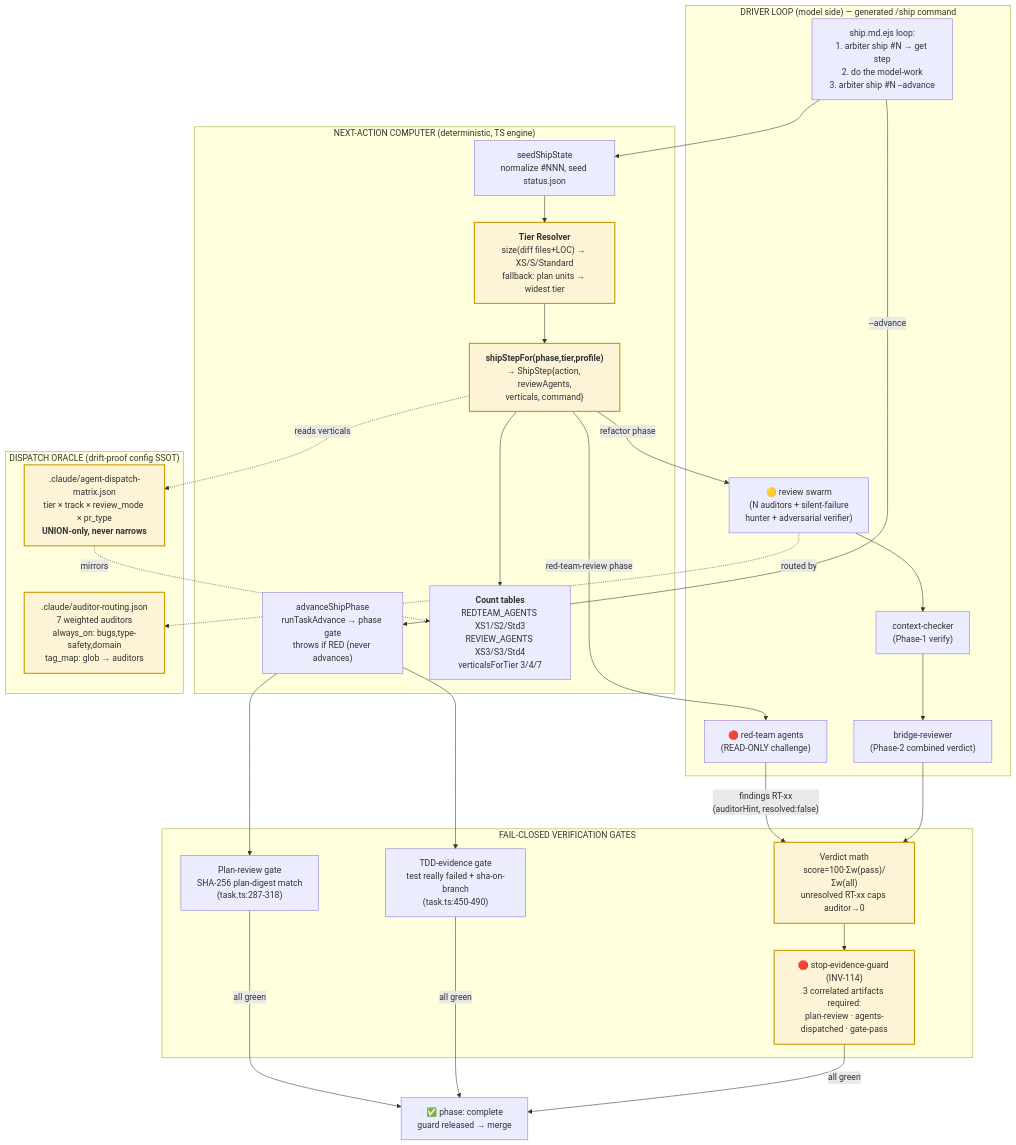
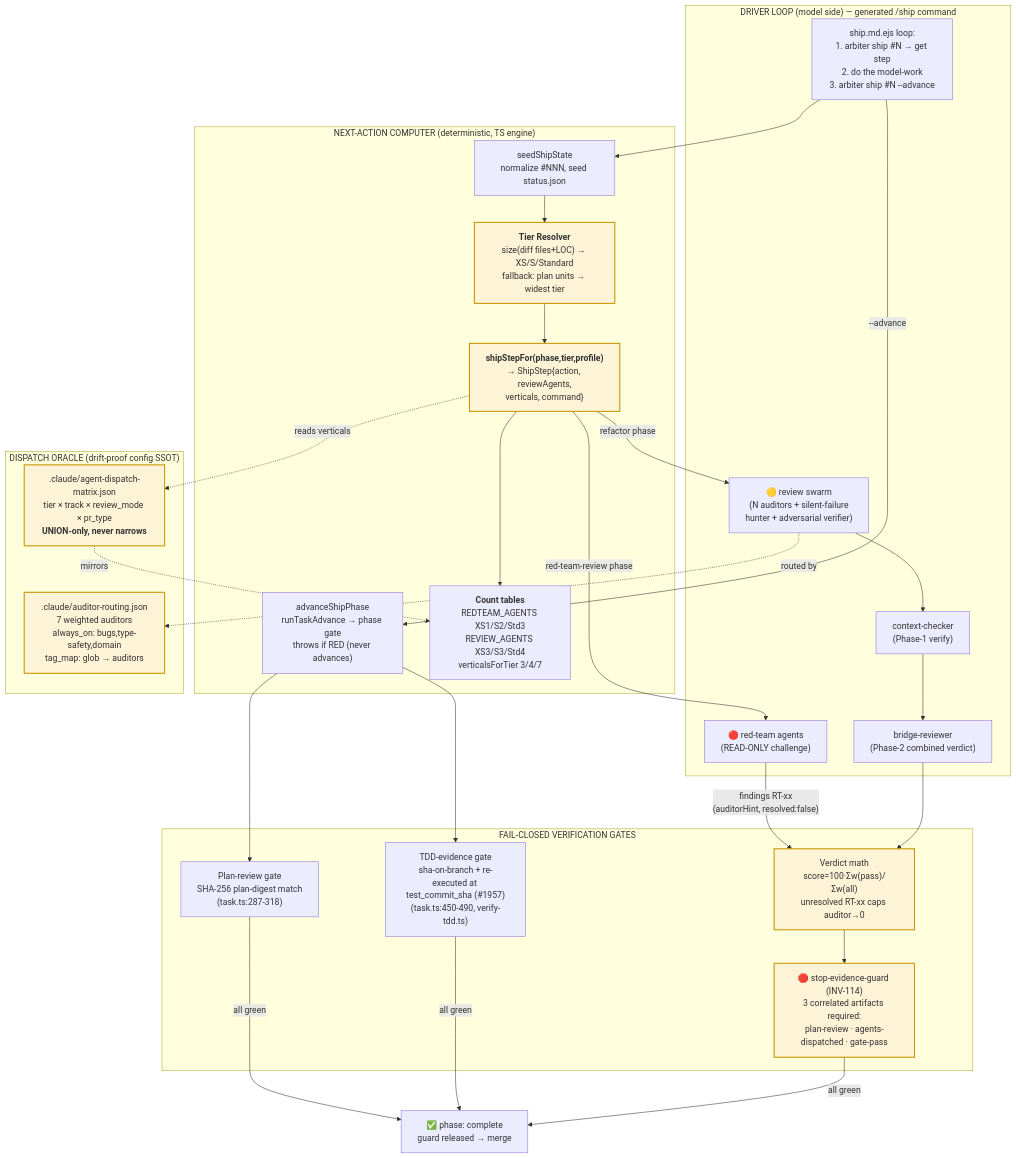
The third of 3 diagrams in docs/architecture/c4-model.md (LucaDominici/arbiter), drawn with Mermaid before and after one commit. The commit also changed 4 other files, not shown here.

````diff
--- a/docs/architecture/c4-model.md
+++ b/docs/architecture/c4-model.md
@@ -183,48 +183,48 @@
 ```mermaid
 graph TB
     subgraph driver["DRIVER LOOP (model side) — generated /ship command"]
       loop["ship.md.ejs loop:<br/>1. arbiter ship #N → get step<br/>2. do the model-work<br/>3. arbiter ship #N --advance"]
       rt["🔴 red-team agents<br/>(READ-ONLY challenge)"]
       rev["🟡 review swarm<br/>(N auditors + silent-failure<br/>hunter + adversarial verifier)"]
       cc["context-checker<br/>(Phase-1 verify)"]
       br["bridge-reviewer<br/>(Phase-2 combined verdict)"]
     end
 
     subgraph engine["NEXT-ACTION COMPUTER (deterministic, TS engine)"]
       seed["seedShipState<br/>normalize #NNN, seed status.json"]
       tierR["<b>Tier Resolver</b><br/>size(diff files+LOC) → XS/S/Standard<br/>fallback: plan units → widest tier"]
       step["<b>shipStepFor(phase,tier,profile)</b><br/>→ ShipStep{action, reviewAgents,<br/>verticals, command}"]
       adv["advanceShipPhase<br/>runTaskAdvance → phase gate<br/>throws if RED (never advances)"]
       counts["<b>Count tables</b><br/>REDTEAM_AGENTS XS1/S2/Std3<br/>REVIEW_AGENTS XS3/S3/Std4<br/>verticalsForTier 3/4/7"]
     end
 
     subgraph route["DISPATCH ORACLE (drift-proof config SSOT)"]
       matrix[".claude/agent-dispatch-matrix.json<br/>tier × track × review_mode × pr_type<br/><b>UNION-only, never narrows</b>"]
       audr[".claude/auditor-routing.json<br/>7 weighted auditors<br/>always_on: bugs,type-safety,domain<br/>tag_map: glob → auditors"]
     end
 
     subgraph gates["FAIL-CLOSED VERIFICATION GATES"]
       pg["Plan-review gate<br/>SHA-256 plan-digest match<br/>(task.ts:287-318)"]
-      tg["TDD-evidence gate<br/>test really failed + sha-on-branch<br/>(task.ts:450-490)"]
+      tg["TDD-evidence gate<br/>sha-on-branch + re-executed at test_commit_sha (#1957)<br/>(task.ts:450-490, verify-tdd.ts)"]
       sg["🛑 stop-evidence-guard (INV-114)<br/>3 correlated artifacts required:<br/>plan-review · agents-dispatched · gate-pass"]
       cap["Verdict math<br/>score=100·Σw(pass)/Σw(all)<br/>unresolved RT-xx caps auditor→0"]
     end
 
     loop --> seed --> tierR --> step
     step --> counts
     step -->|"red-team-review phase"| rt
     step -->|"refactor phase"| rev
     step -.reads verticals.-> matrix
     rev -.routed by.-> audr
     matrix -.mirrors.-> counts
     rt -->|"findings RT-xx<br/>(auditorHint, resolved:false)"| cap
     rev --> cc --> br
     br --> cap
     cap --> sg
     loop -->|"--advance"| adv
     adv --> pg & tg
     pg & tg & sg -->|"all green"| complete["✅ phase: complete<br/>guard released → merge"]
 
     classDef jewel fill:#fdf3d7,stroke:#c99700,stroke-width:2px;
     class tierR,step,matrix,audr,sg,cap jewel;
 ```
````
